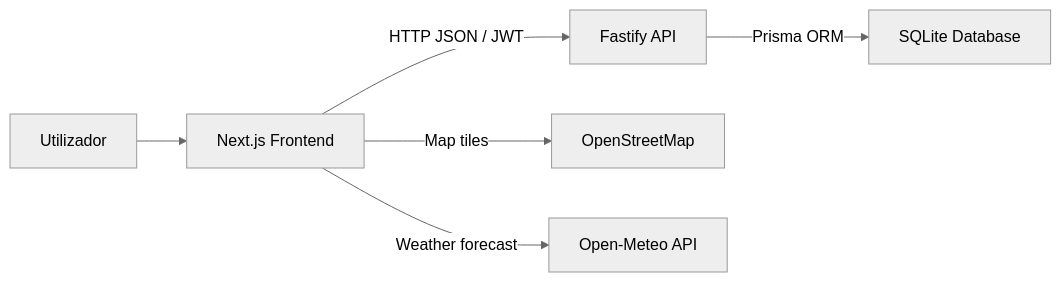
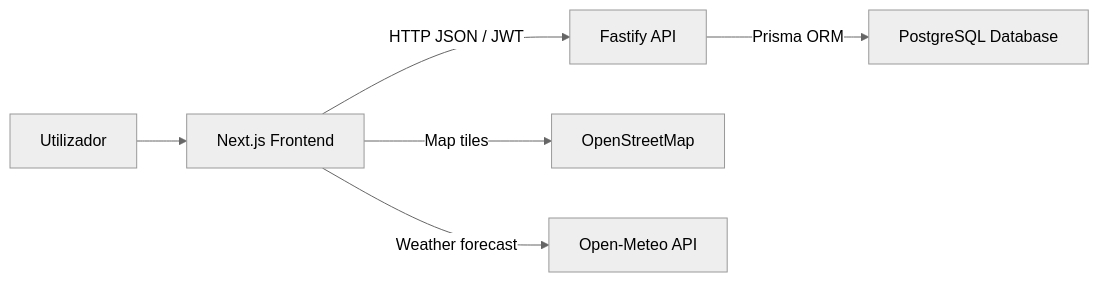
One commit to neIsonp/PE changed the diagram in README.md. Above: the diagram before and after it, drawn with Mermaid (neutral theme). The commit also changed other lines of this file and 11 other files, not shown here.

Commit message:
feat: migrate backend persistence to PostgreSQL

````diff
--- a/README.md
+++ b/README.md
@@ -71,8 +71,8 @@
 ```mermaid
 flowchart LR
   User["Utilizador"] --> Frontend["Next.js Frontend"]
   Frontend -->|HTTP JSON / JWT| Backend["Fastify API"]
-  Backend -->|Prisma ORM| Database["SQLite Database"]
+  Backend -->|Prisma ORM| Database["PostgreSQL Database"]
   Frontend -->|Map tiles| OpenStreetMap["OpenStreetMap"]
   Frontend -->|Weather forecast| OpenMeteo["Open-Meteo API"]
 ```
````
